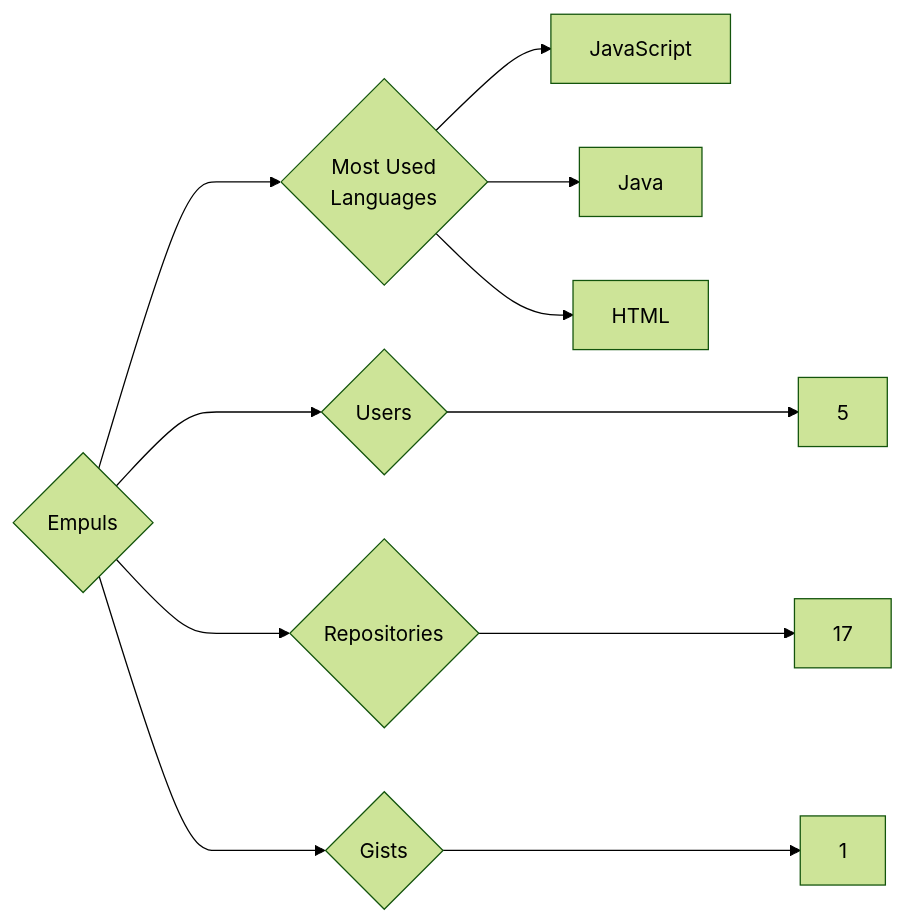
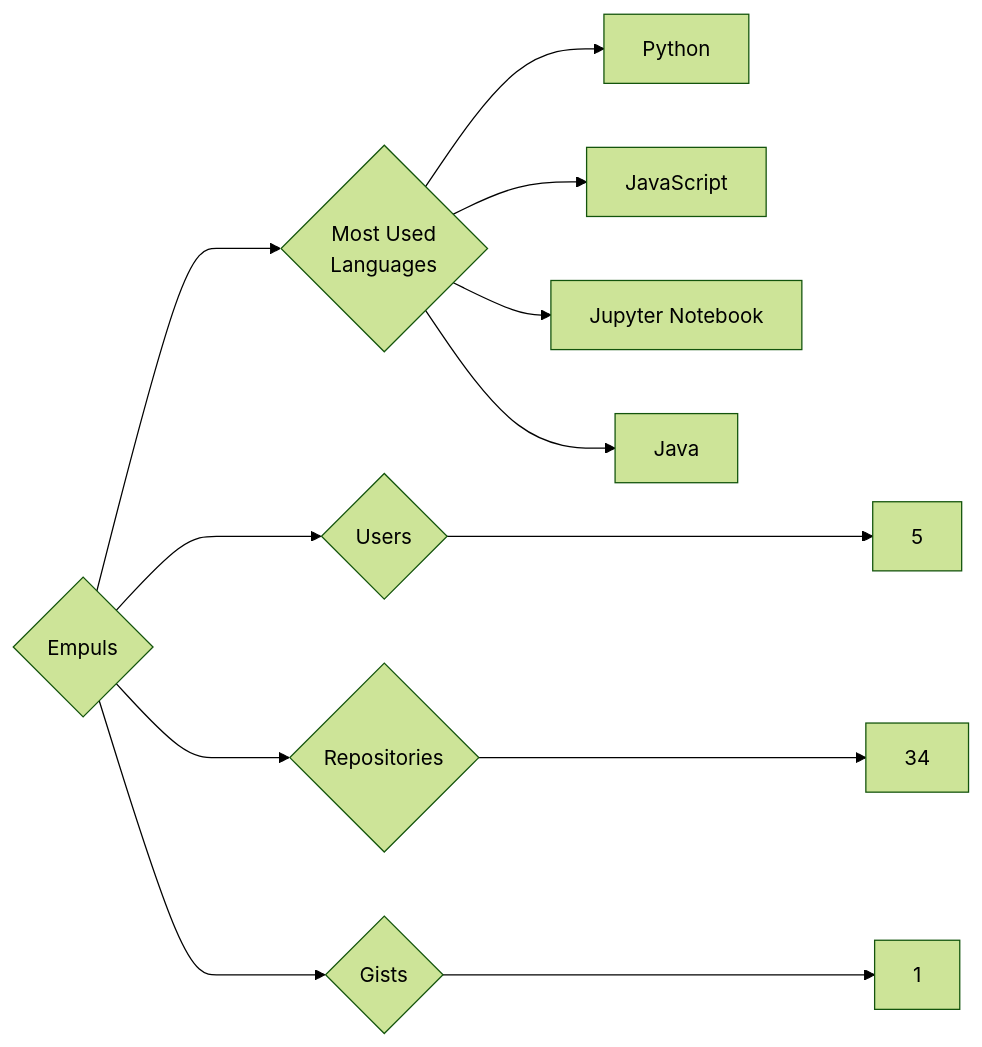
One commit to trickest/insiders changed the diagram in targets/Empuls/README.md. Above: the diagram before and after it, drawn with Mermaid (forest theme). The commit also changed 1195 other files, not shown here.

````diff
--- a/targets/Empuls/README.md
+++ b/targets/Empuls/README.md
@@ -3,11 +3,12 @@
 ```mermaid
 graph LR
 COMPANY_NAME{Empuls}
 COMPANY_NAME ---> U{Users} ---> UN[5]
-COMPANY_NAME ---> R{Repositories} ---> RN[17]
+COMPANY_NAME ---> R{Repositories} ---> RN[34]
 COMPANY_NAME ---> G{Gists} ---> GN[1]
 COMPANY_NAME ---> ML{Most Used<br>Languages}
+ML --> Python[Python]
 ML --> JavaScript[JavaScript]
+ML --> Jupyter_Notebook[Jupyter Notebook]
 ML --> Java[Java]
-ML --> HTML[HTML]
 ```
````
